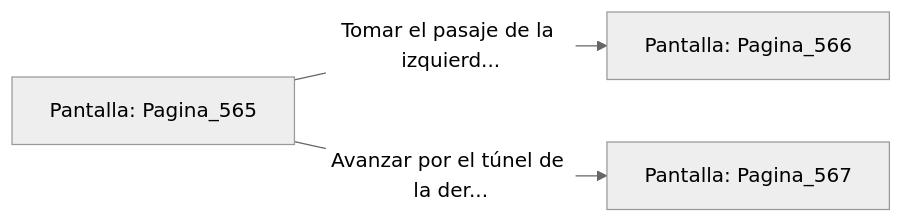
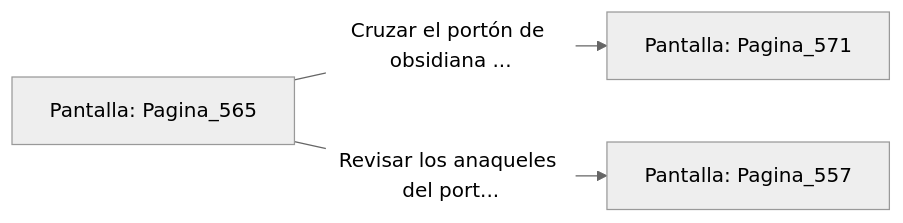
One commit to metsuke/mpl changed the diagram in sample/eligejuego-vault/Pantalla_Pagina_565.md. Above: the diagram before and after it, drawn with Mermaid (neutral theme). The commit also changed other lines of this file and 635 other files, not shown here.

First line of the commit message:
fix: añadir Pagina_1 como pantalla inicial en capitulo_01.mpl

````diff
--- a/sample/eligejuego-vault/Pantalla_Pagina_565.md
+++ b/sample/eligejuego-vault/Pantalla_Pagina_565.md
@@ -20,6 +24,6 @@
 ```mermaid
 graph LR
     P_Pagina_565["Pantalla: Pagina_565"]
-    P_Pagina_565 -->|"Tomar el pasaje de la izquierd..."| P_Pagina_566["Pantalla: Pagina_566"]
-    P_Pagina_565 -->|"Avanzar por el túnel de la der..."| P_Pagina_567["Pantalla: Pagina_567"]
+    P_Pagina_565 -->|"Cruzar el portón de obsidiana ..."| P_Pagina_571["Pantalla: Pagina_571"]
+    P_Pagina_565 -->|"Revisar los anaqueles del port..."| P_Pagina_557["Pantalla: Pagina_557"]
 ```
````
